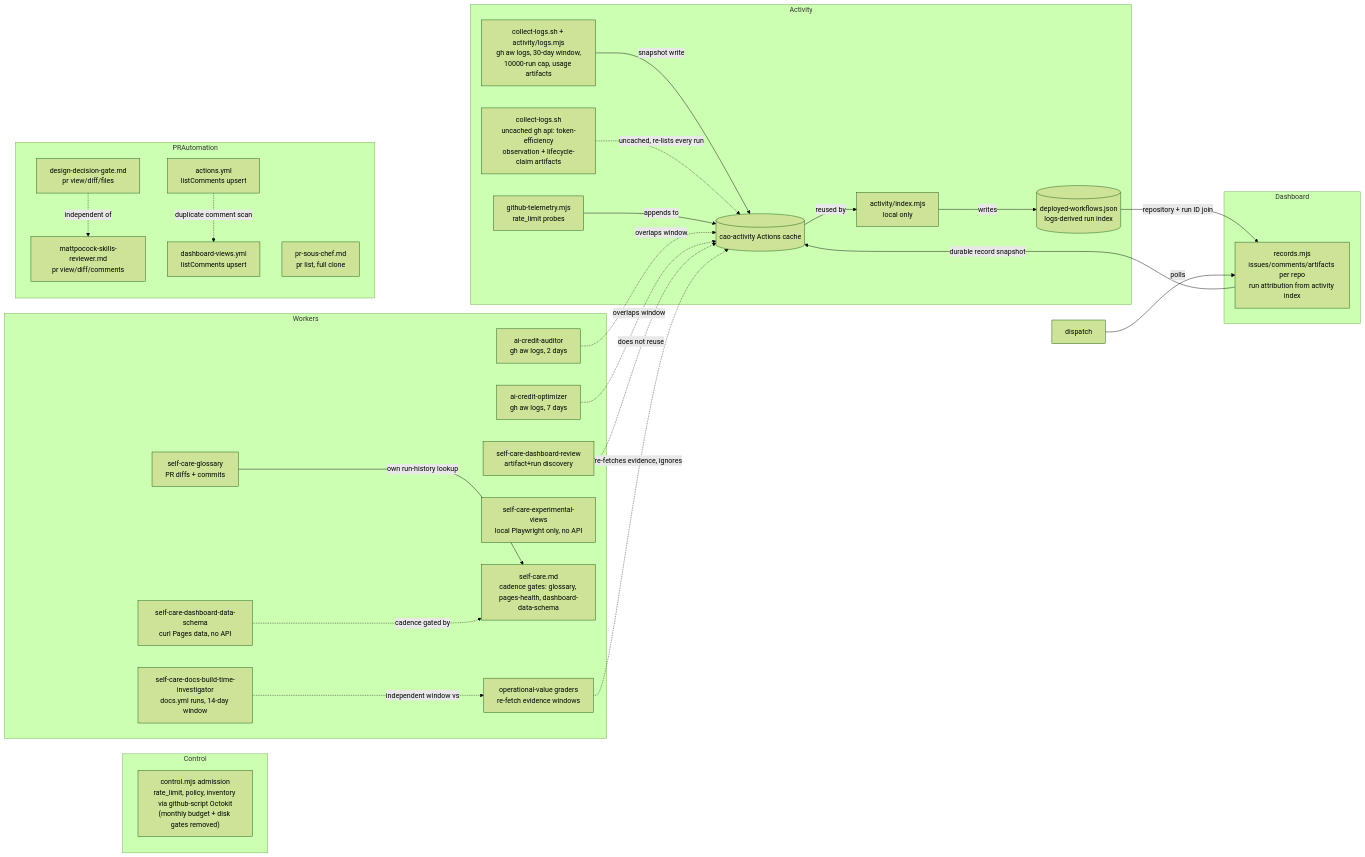
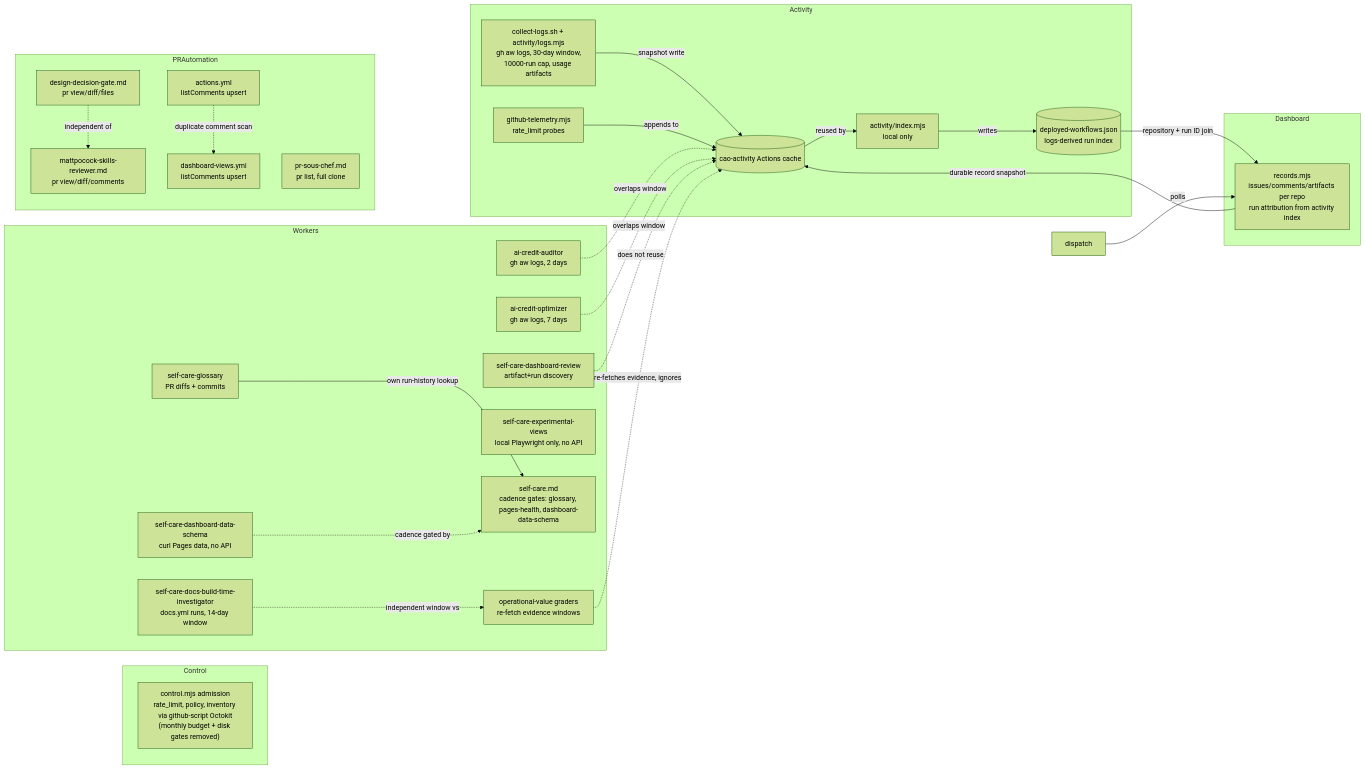
Before and after one commit to elefthei/gh-aw-cao: the diagram in specs/data-acquisition-audit.md, drawn with Mermaid (forest theme). The commit also changed other lines of this file and 1 other file, not shown here.

Commit message:
Refresh data acquisition audit: token-efficiency collector removed from activity (#12554)

````diff
--- a/specs/data-acquisition-audit.md
+++ b/specs/data-acquisition-audit.md
@@ -195,52 +195,50 @@
 ```mermaid
 flowchart LR
   subgraph Control
     control["control.mjs admission<br/>rate_limit, policy, inventory via github-script Octokit<br/>(monthly budget + disk gates removed)"]
   end
   subgraph Activity
     logsmjs["collect-logs.sh + activity/logs.mjs<br/>gh aw logs, 30-day window,<br/>10000-run cap, usage artifacts"]
-    tokenartifacts["collect-logs.sh<br/>uncached gh api: token-efficiency<br/>observation + lifecycle-claim artifacts"]
     indexmjs["activity/index.mjs<br/>local only"]
     runindex[("deployed-workflows.json<br/>logs-derived run index")]
     telemetry["github-telemetry.mjs<br/>rate_limit probes"]
     cache[("cao-activity Actions cache")]
   end
   subgraph Dashboard
     records["records.mjs<br/>issues/comments/artifacts per repo<br/>run attribution from activity index"]
   end
   subgraph Workers
     aicaud["ai-credit-auditor<br/>gh aw logs, 2 days"]
     aicopt["ai-credit-optimizer<br/>gh aw logs, 7 days"]
     reviewpf["self-care-dashboard-review<br/>artifact+run discovery"]
     glossary["self-care-glossary<br/>PR diffs + commits"]
     docsbt["self-care-docs-build-time-investigator<br/>docs.yml runs, 14-day window"]
     expviews["self-care-experimental-views<br/>local Playwright only, no API"]
     schemaworker["self-care-dashboard-data-schema<br/>curl Pages data, no API"]
     selfcare["self-care.md<br/>cadence gates: glossary, pages-health, dashboard-data-schema"]
     graders["operational-value graders<br/>re-fetch evidence windows"]
   end
   subgraph PRAutomation
     ddg["design-decision-gate.md<br/>pr view/diff/files"]
     mattpocock["mattpocock-skills-reviewer.md<br/>pr view/diff/comments"]
     soschef["pr-sous-chef.md<br/>pr list, full clone"]
     mobileci["actions.yml<br/>listComments upsert"]
     dashviews["dashboard-views.yml<br/>listComments upsert"]
   end
   logsmjs -->|snapshot write| cache
-  tokenartifacts -.->|uncached, re-lists every run| cache
   cache -->|reused by| indexmjs
   indexmjs -->|writes| runindex
   runindex -->|repository + run ID join| records
   records -->|durable record snapshot| cache
   telemetry -->|appends to| cache
   dispatch -->|polls| records
   aicaud -.->|overlaps window| cache
   aicopt -.->|overlaps window| cache
   reviewpf -.->|does not reuse| cache
   glossary -->|own run-history lookup| selfcare
   schemaworker -.->|cadence gated by| selfcare
   docsbt -.->|independent window vs| graders
   graders -.->|re-fetches evidence, ignores| cache
   ddg -.->|independent of| mattpocock
   mobileci -.->|duplicate comment scan| dashviews
 ```
````
